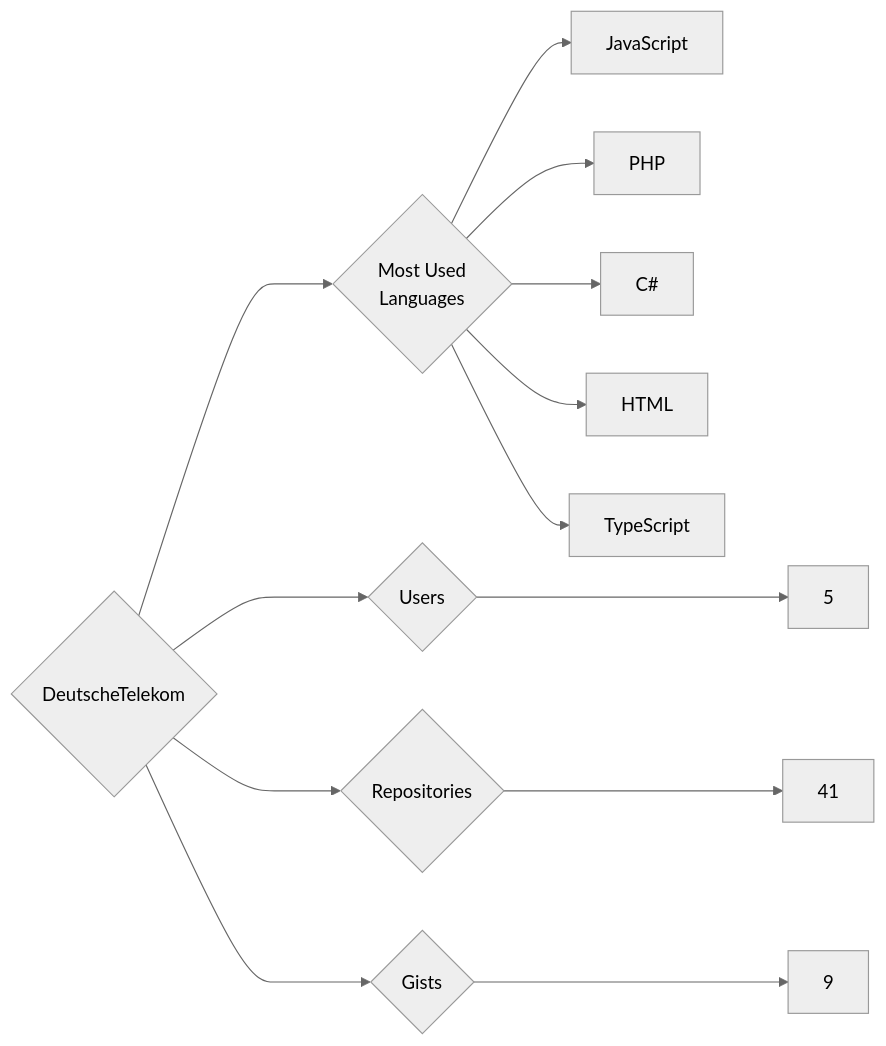
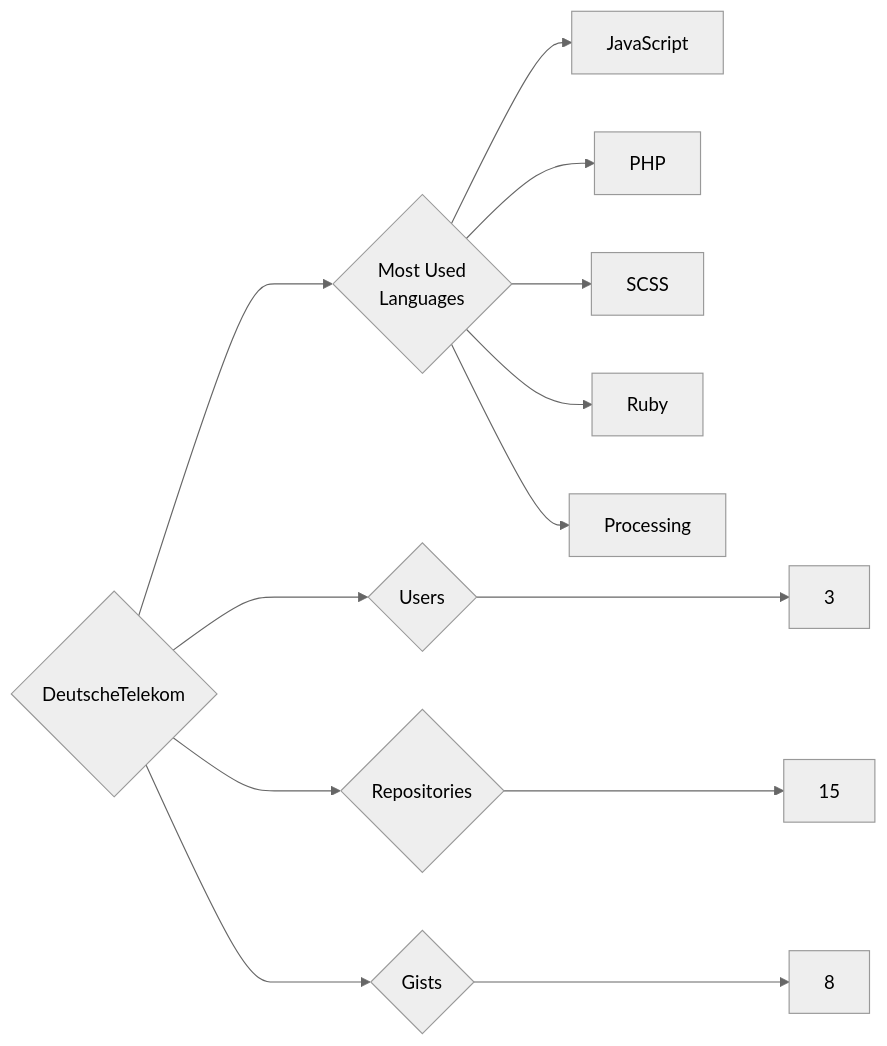
Before and after one commit to trickest/insiders: the diagram in targets/DeutscheTelekom/README.md, drawn with Mermaid (neutral theme). The commit also changed 1212 other files, not shown here.

````diff
--- a/targets/DeutscheTelekom/README.md
+++ b/targets/DeutscheTelekom/README.md
@@ -3,13 +3,13 @@
 ```mermaid
 graph LR
 COMPANY_NAME{DeutscheTelekom}
-COMPANY_NAME ---> U{Users} ---> UN[5]
-COMPANY_NAME ---> R{Repositories} ---> RN[41]
-COMPANY_NAME ---> G{Gists} ---> GN[9]
+COMPANY_NAME ---> U{Users} ---> UN[3]
+COMPANY_NAME ---> R{Repositories} ---> RN[15]
+COMPANY_NAME ---> G{Gists} ---> GN[8]
 COMPANY_NAME ---> ML{Most Used<br>Languages}
 ML --> JavaScript[JavaScript]
 ML --> PHP[PHP]
-ML --> C#[C#]
-ML --> HTML[HTML]
-ML --> TypeScript[TypeScript]
+ML --> SCSS[SCSS]
+ML --> Ruby[Ruby]
+ML --> Processing[Processing]
 ```
````
